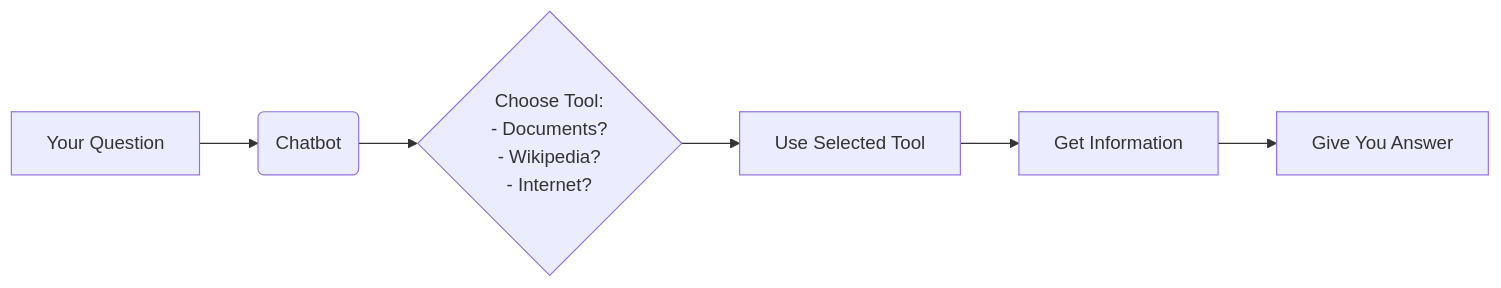
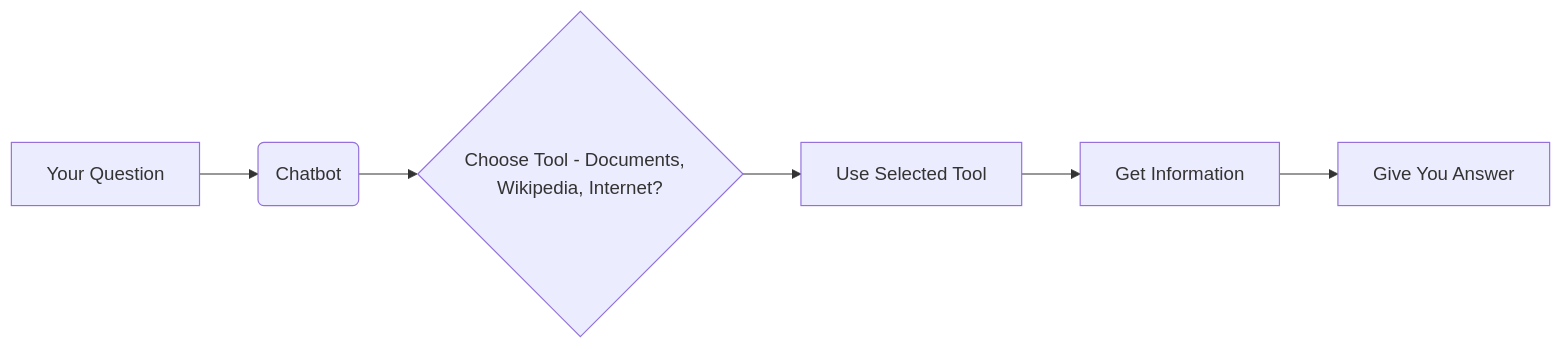
One commit to kanad13/Agentic-AI changed the first of 4 diagrams in readme.md. Above: the diagram before and after it, drawn with Mermaid. The commit also changed 11 other files, not shown here.

````diff
--- a/readme.md
+++ b/readme.md
@@ -32,8 +32,8 @@
 ```mermaid
 graph LR
     A[Your Question] --> B(Chatbot);
-    B --> C{Choose Tool:<br> - Documents?<br> - Wikipedia?<br> - Internet?};
+    B --> C{Choose Tool - Documents,  Wikipedia, Internet?};
     C --> D[Use Selected Tool];
     D --> E[Get Information];
     E --> F[Give You Answer];
 ```
````
